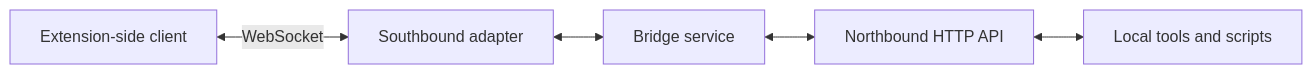
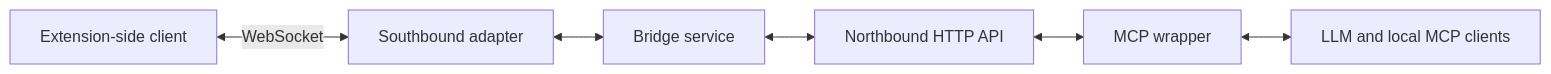
One commit to DiegoPICT/teams-exporter-MCP changed the diagram in docs/architecture.md. Above: the diagram before and after it, drawn with Mermaid. The commit also changed other lines of this file and 6 other files, not shown here.

Commit message:
docs: define MCP wrapper direction and planning baseline

````diff
--- a/docs/architecture.md
+++ b/docs/architecture.md
@@ -16,7 +18,8 @@
 ```mermaid
 flowchart LR
     EXT[Extension-side client] <-- WebSocket --> WS[Southbound adapter]
     WS <--> CORE[Bridge service]
     CORE <--> API[Northbound HTTP API]
-    API <--> TOOL[Local tools and scripts]
+    API <--> MCP[MCP wrapper]
+    MCP <--> TOOL[LLM and local MCP clients]
 ```
````
